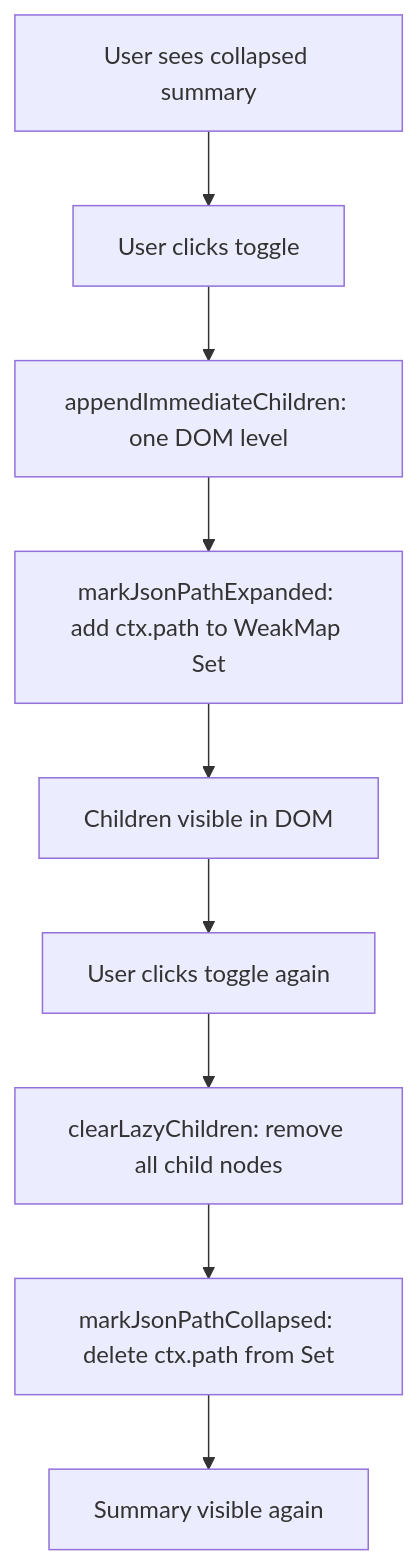
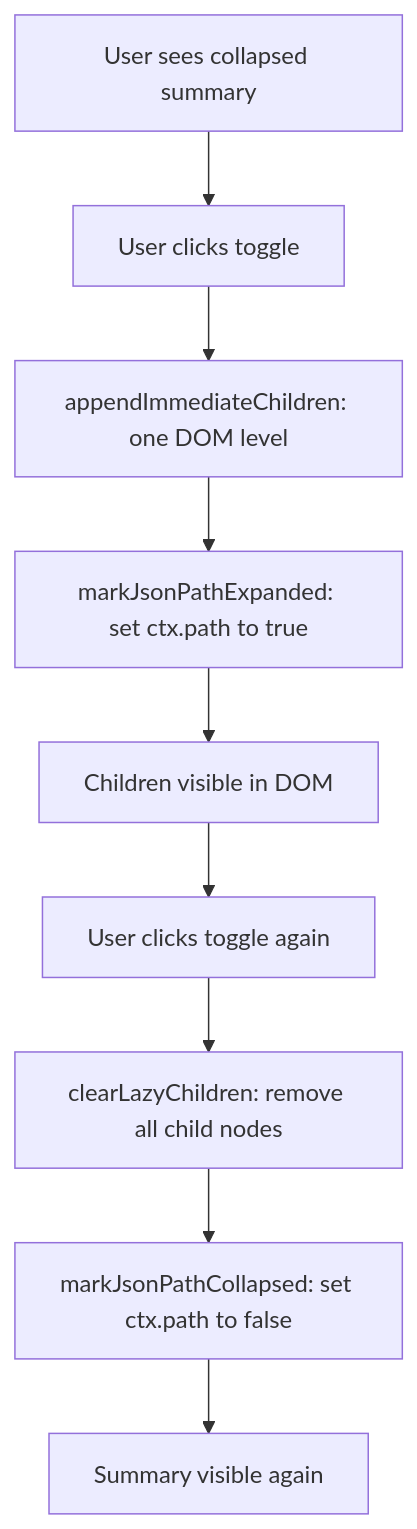
One commit to suryaadi44/slog-viewer changed the second of 4 diagrams in src/docs/lazyCollapsibleJson.md. Above: the diagram before and after it, drawn with Mermaid. The commit also changed other lines of this file and 3 other files, not shown here.

````diff
--- a/src/docs/lazyCollapsibleJson.md
+++ b/src/docs/lazyCollapsibleJson.md
@@ -53,16 +55,16 @@
 ```mermaid
 flowchart TD
   start[User sees collapsed summary]
   clickExpand[User clicks toggle]
   append[appendImmediateChildren: one DOM level]
-  markAdd["markJsonPathExpanded: add ctx.path to WeakMap Set"]
+  markAdd["markJsonPathExpanded: set ctx.path to true"]
   expanded[Children visible in DOM]
 
   clickCollapse[User clicks toggle again]
   clear[clearLazyChildren: remove all child nodes]
-  markDel["markJsonPathCollapsed: delete ctx.path from Set"]
+  markDel["markJsonPathCollapsed: set ctx.path to false"]
   collapsed[Summary visible again]
 
   start --> clickExpand --> append --> markAdd --> expanded
   expanded --> clickCollapse --> clear --> markDel --> collapsed
 ```
````
